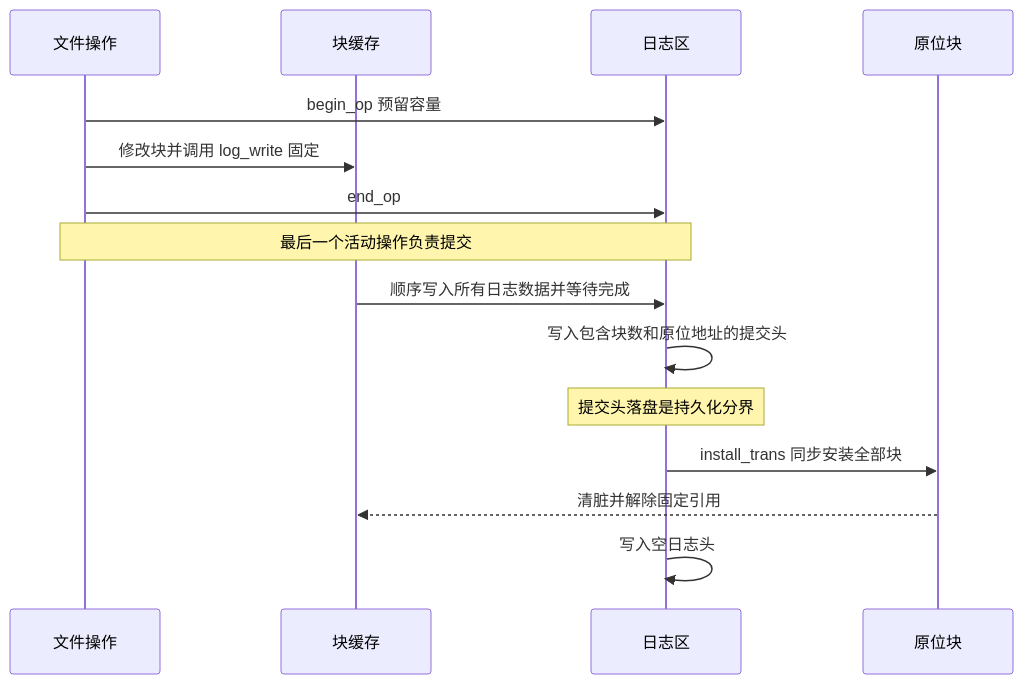
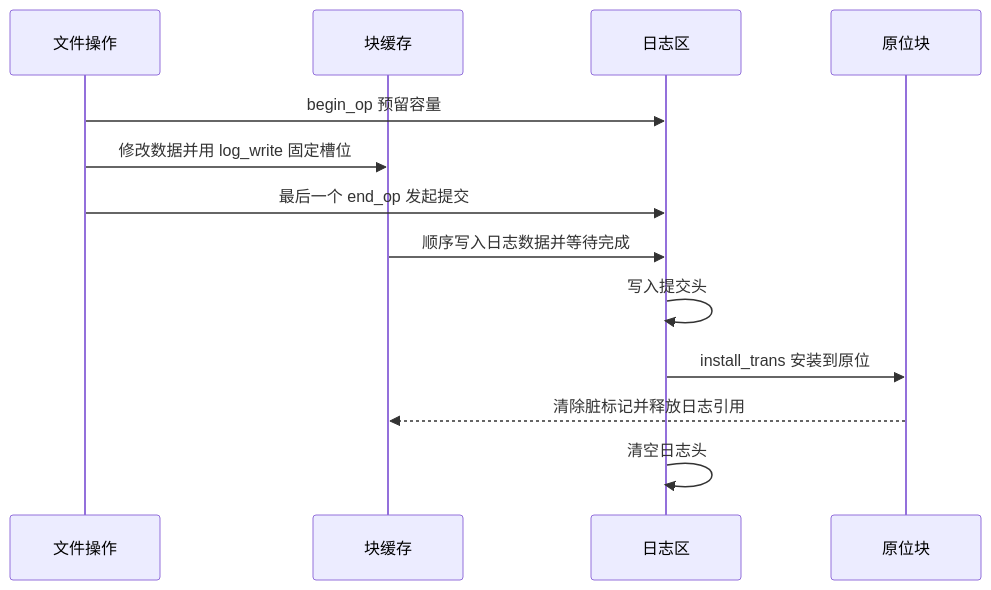
The diagram in LAB6-设计笔记.md (cyw523523/os-), drawn with Mermaid before and after one commit. The commit also changed other lines of this file, not shown here.

````diff
--- a/LAB6-设计笔记.md
+++ b/LAB6-设计笔记.md
@@ -25,17 +43,15 @@
 ```mermaid
 sequenceDiagram
     participant P as 文件操作
     participant B as 块缓存
     participant L as 日志区
     participant H as 原位块
     P->>L: begin_op 预留容量
-    P->>B: 修改块并调用 log_write 固定
-    P->>L: end_op
-    Note over P,L: 最后一个活动操作负责提交
-    B->>L: 顺序写入所有日志数据并等待完成
-    L->>L: 写入包含块数和原位地址的提交头
-    Note over L: 提交头落盘是持久化分界
-    L->>H: install_trans 同步安装全部块
-    H-->>B: 清脏并解除固定引用
-    L->>L: 写入空日志头
+    P->>B: 修改数据并用 log_write 固定槽位
+    P->>L: 最后一个 end_op 发起提交
+    B->>L: 顺序写入日志数据并等待完成
+    L->>L: 写入提交头
+    L->>H: install_trans 安装到原位
+    H-->>B: 清除脏标记并释放日志引用
+    L->>L: 清空日志头
 ```
````
